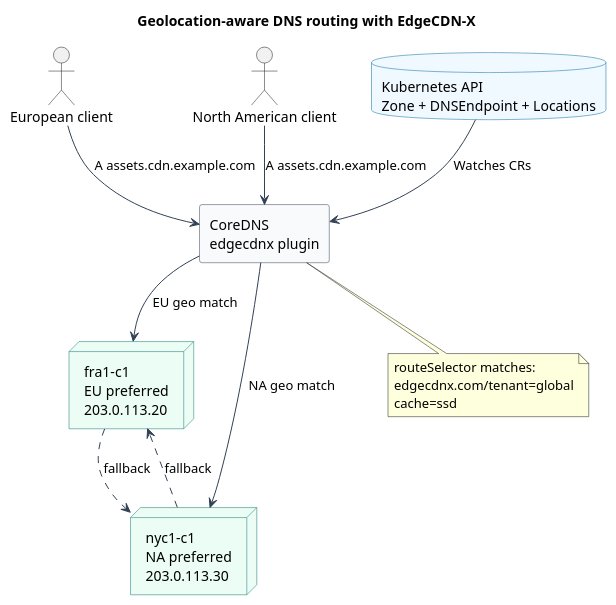
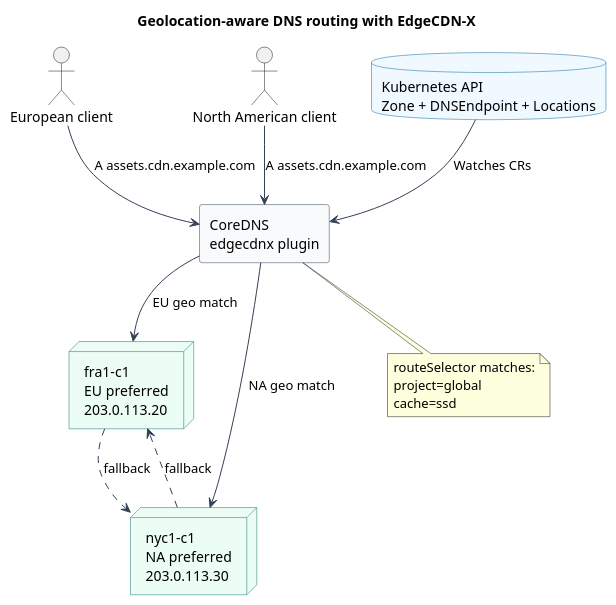
One commit to EdgeCDN-X/edgecdn-x.github.io changed the diagram in docs/blog/2026/media/geolocation-dns-routing.plantuml. Above: the diagram before and after it, drawn with PlantUML. The commit also changed 5 other files, not shown here.

First line of the commit message:
Update geolocation DNS routing diagram and modify routeSelector labels in CoreDNS configuration

```diff
--- a/docs/blog/2026/media/geolocation-dns-routing.plantuml
+++ b/docs/blog/2026/media/geolocation-dns-routing.plantuml
@@ -1,41 +1,41 @@
 @startuml geolocation_dns_routing
 title Geolocation-aware DNS routing with EdgeCDN-X
 
 skinparam backgroundColor #FFFFFF
 skinparam shadowing false
 skinparam defaultFontName Helvetica
 skinparam ArrowColor #334155
 skinparam rectangle {
   BorderColor #334155
   BackgroundColor #F8FAFC
 }
 skinparam node {
   BorderColor #0F766E
   BackgroundColor #ECFDF5
 }
 skinparam database {
   BorderColor #0369A1
   BackgroundColor #F0F9FF
 }
 
 actor "European client" as EU
 actor "North American client" as NA
 rectangle "CoreDNS\nedgecdnx plugin" as DNS
 database "Kubernetes API\nZone + DNSEndpoint + Locations" as K8S
 node "fra1-c1\nEU preferred\n203.0.113.20" as FRA
 node "nyc1-c1\nNA preferred\n203.0.113.30" as NYC
 
 K8S --> DNS : Watches CRs
 EU --> DNS : A assets.cdn.example.com
 NA --> DNS : A assets.cdn.example.com
 DNS --> FRA : EU geo match
 DNS --> NYC : NA geo match
 FRA ..> NYC : fallback
 NYC ..> FRA : fallback
 
 note bottom of DNS
   routeSelector matches:
-  edgecdnx.com/tenant=global
+  project=global
   cache=ssd
 end note
 @enduml
```
